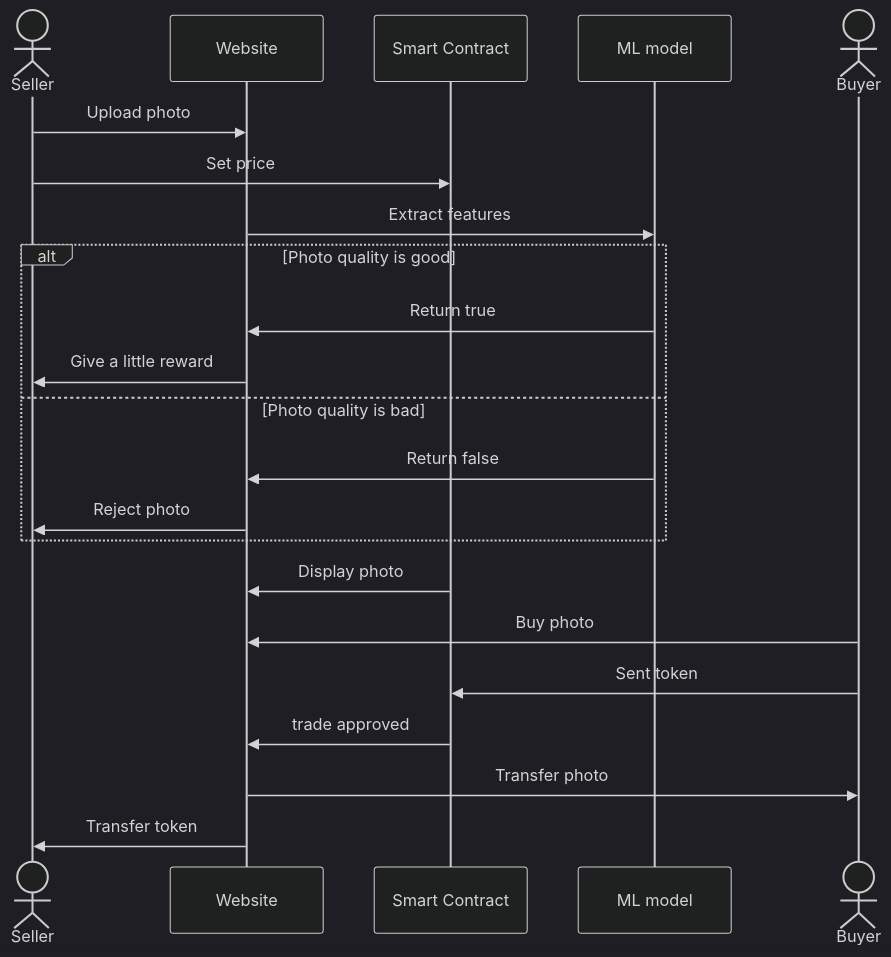
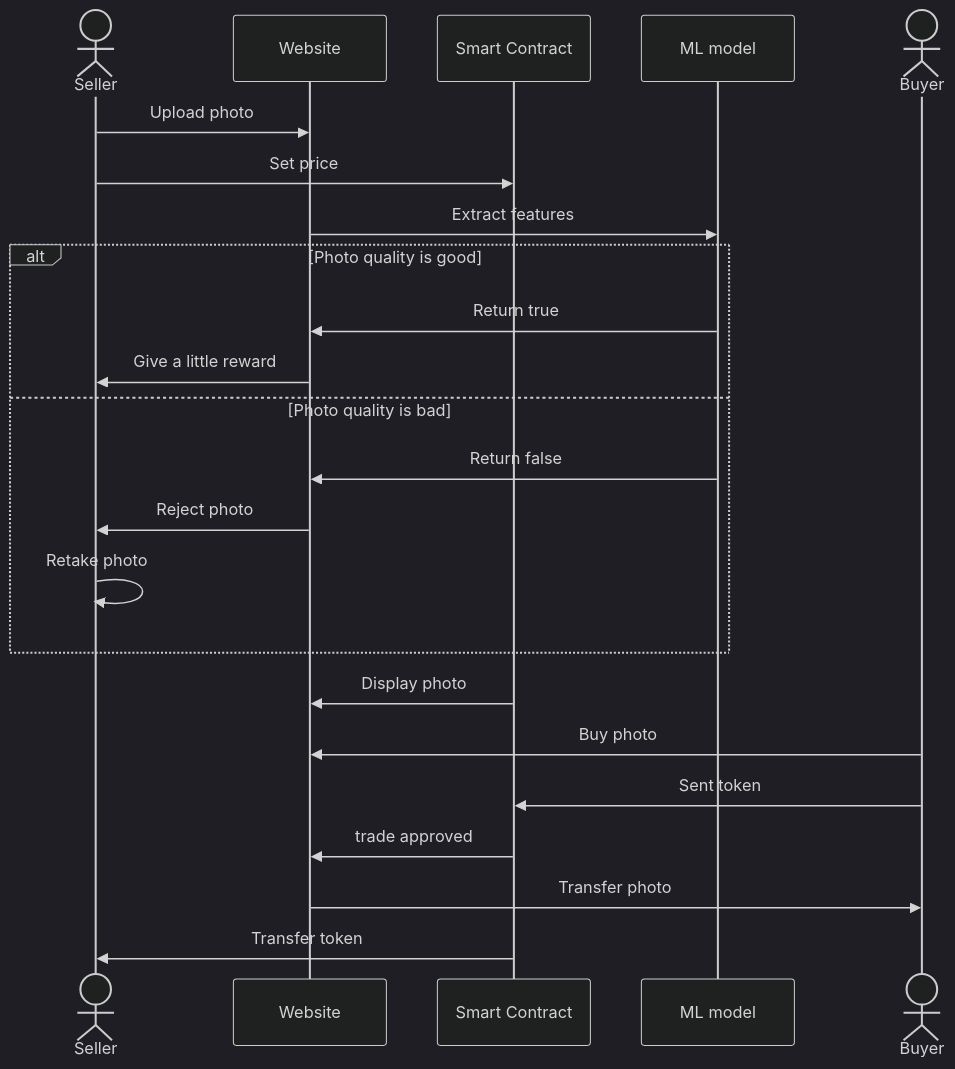
The diagram in README.md (AI-and-Blockchain/S24_The_World), drawn with Mermaid (dark theme) before and after one commit.

Commit message:
Refactor photo upload process to handle bad photo quality

````diff
--- a/README.md
+++ b/README.md
@@ -42,24 +42,26 @@
 ```mermaid
 sequenceDiagram
     actor S as Seller
     participant W as Website
     participant contract as Smart Contract
     participant ML as ML model
     actor B as Buyer
+
     S->>W: Upload photo
     S->>contract: Set price
     W->>ML: Extract features
     alt Photo quality is good
         ML->>W: Return true
         W->>S: Give a little reward
     else Photo quality is bad
         ML->>W: Return false
         W->>S: Reject photo
+        S->>S: Retake photo
     end
     contract->>W: Display photo
     B->>W: Buy photo
     B->>contract: Sent token
     contract->>W: trade approved
     W->>B: Transfer photo
-    W->>S: Transfer token
+    contract->>S: Transfer token
 ```
````
